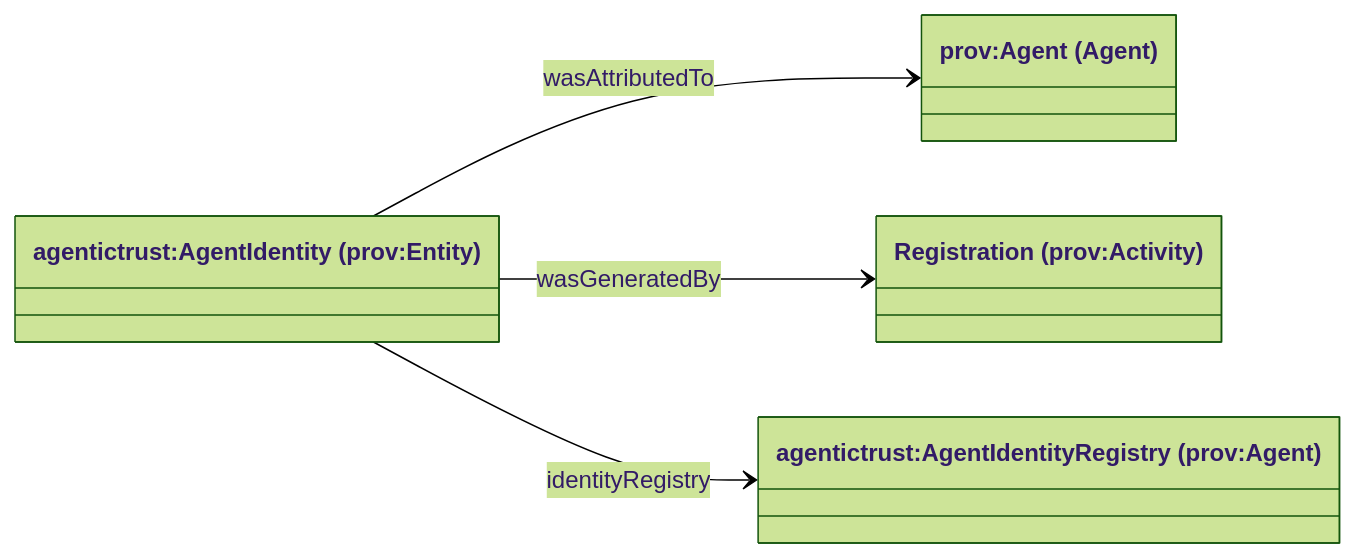
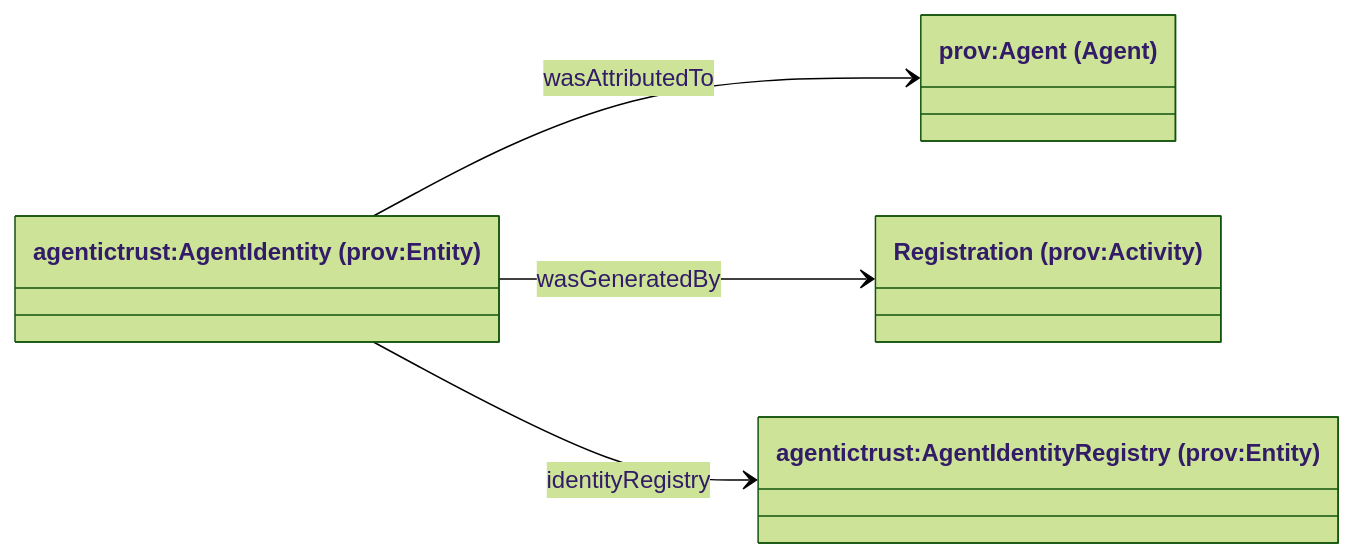
One commit to Agentic-Trust-Layer/agent-explorer changed the diagram in docs/ontology/identity.md. Above: the diagram before and after it, drawn with Mermaid (forest theme). The commit also changed other lines of this file and 6 other files, not shown here.

````diff
--- a/docs/ontology/identity.md
+++ b/docs/ontology/identity.md
@@ -156,13 +157,13 @@
 ```mermaid
 classDiagram
 direction LR
 
 class Agent["prov:Agent (Agent)"]
 class AgentIdentity["agentictrust:AgentIdentity (prov:Entity)"]
-class AgentIdentityRegistry["agentictrust:AgentIdentityRegistry (prov:Agent)"]
+class AgentIdentityRegistry["agentictrust:AgentIdentityRegistry (prov:Entity)"]
 class Registration["Registration (prov:Activity)"]
 
 AgentIdentity --> Agent : wasAttributedTo
 AgentIdentity --> Registration : wasGeneratedBy
 AgentIdentity --> AgentIdentityRegistry : identityRegistry
 ```
````
